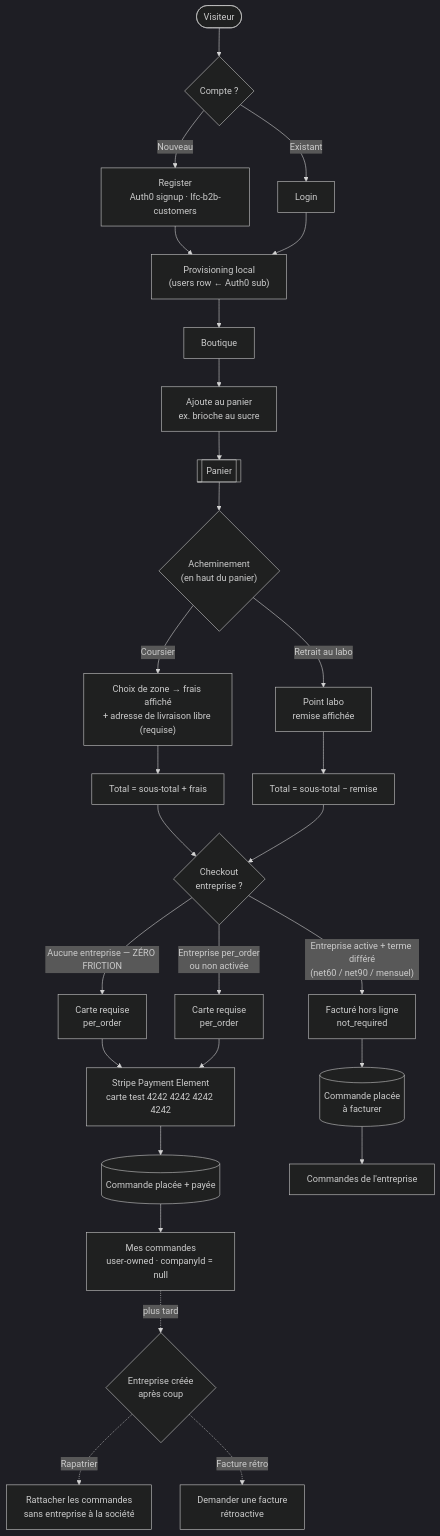
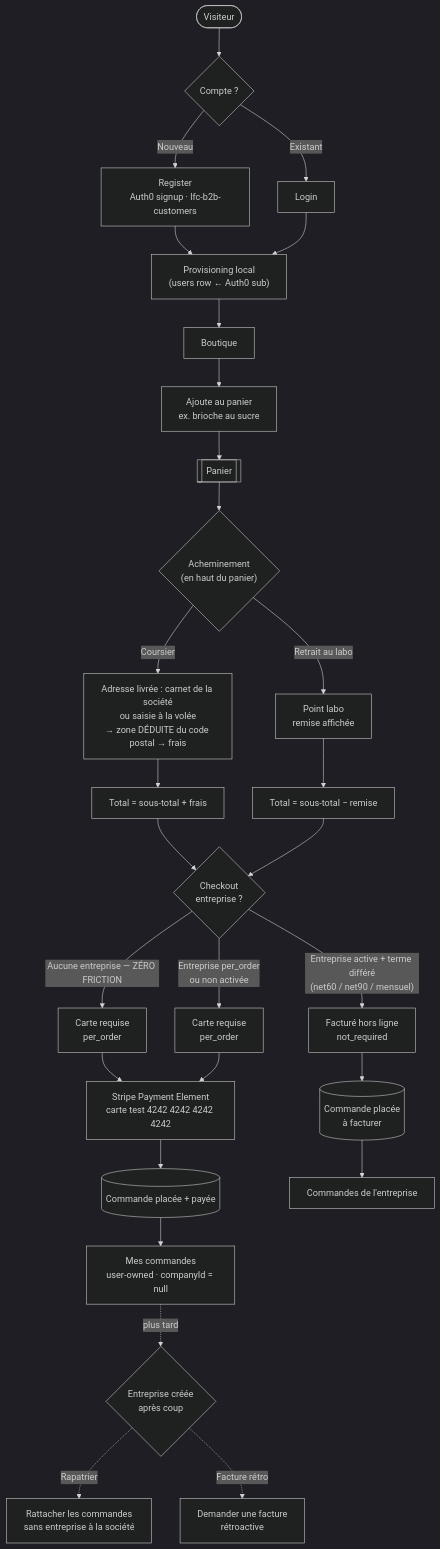
Before and after one commit to hugoheynard/lfd: the diagram in documentation/b2b/architecture-flux-commande-zero-friction.md, drawn with Mermaid (dark theme). The commit also changed other lines of this file and 7 other files, not shown here.

````diff
--- a/documentation/b2b/architecture-flux-commande-zero-friction.md
+++ b/documentation/b2b/architecture-flux-commande-zero-friction.md
@@ -12,36 +12,36 @@
 ```mermaid
 flowchart TD
   Start([Visiteur]) --> Auth{Compte ?}
   Auth -->|Nouveau| Register["Register<br/>Auth0 signup · lfc-b2b-customers"]
   Auth -->|Existant| Login["Login"]
   Register --> Prov["Provisioning local<br/>(users row ← Auth0 sub)"]
   Login --> Prov
   Prov --> Shop["Boutique"]
   Shop --> Add["Ajoute au panier<br/>ex. brioche au sucre"]
   Add --> Cart[["Panier"]]
 
   Cart --> Ful{"Acheminement<br/>(en haut du panier)"}
-  Ful -->|Coursier| Zone["Choix de zone → frais affiché<br/>+ adresse de livraison libre (requise)"]
+  Ful -->|Coursier| Zone["Adresse livrée : carnet de la société<br/>ou saisie à la volée<br/>→ zone DÉDUITE du code postal → frais"]
   Ful -->|Retrait au labo| Pickup["Point labo<br/>remise affichée"]
   Zone --> TotalD["Total = sous-total + frais"]
   Pickup --> TotalP["Total = sous-total − remise"]
 
   TotalD --> Checkout
   TotalP --> Checkout{"Checkout<br/>entreprise ?"}
 
   Checkout -->|"Aucune entreprise — ZÉRO FRICTION"| CardA["Carte requise<br/>per_order"]
   Checkout -->|"Entreprise active + terme différé<br/>(net60 / net90 / mensuel)"| Term["Facturé hors ligne<br/>not_required"]
   Checkout -->|"Entreprise per_order<br/>ou non activée"| CardB["Carte requise<br/>per_order"]
 
   CardA --> Pay["Stripe Payment Element<br/>carte test 4242 4242 4242 4242"]
   CardB --> Pay
   Pay --> PaidOrder[("Commande placée + payée")]
   Term --> BillOrder[("Commande placée<br/>à facturer")]
 
   PaidOrder --> Mine["Mes commandes<br/>user-owned · companyId = null"]
   BillOrder --> CoOrders["Commandes de l'entreprise"]
 
   Mine -. plus tard .-> Later{"Entreprise créée<br/>après coup"}
   Later -.->|Rapatrier| Repat["Rattacher les commandes<br/>sans entreprise à la société"]
   Later -.->|Facture rétro| Retro["Demander une facture<br/>rétroactive"]
 ```
````
